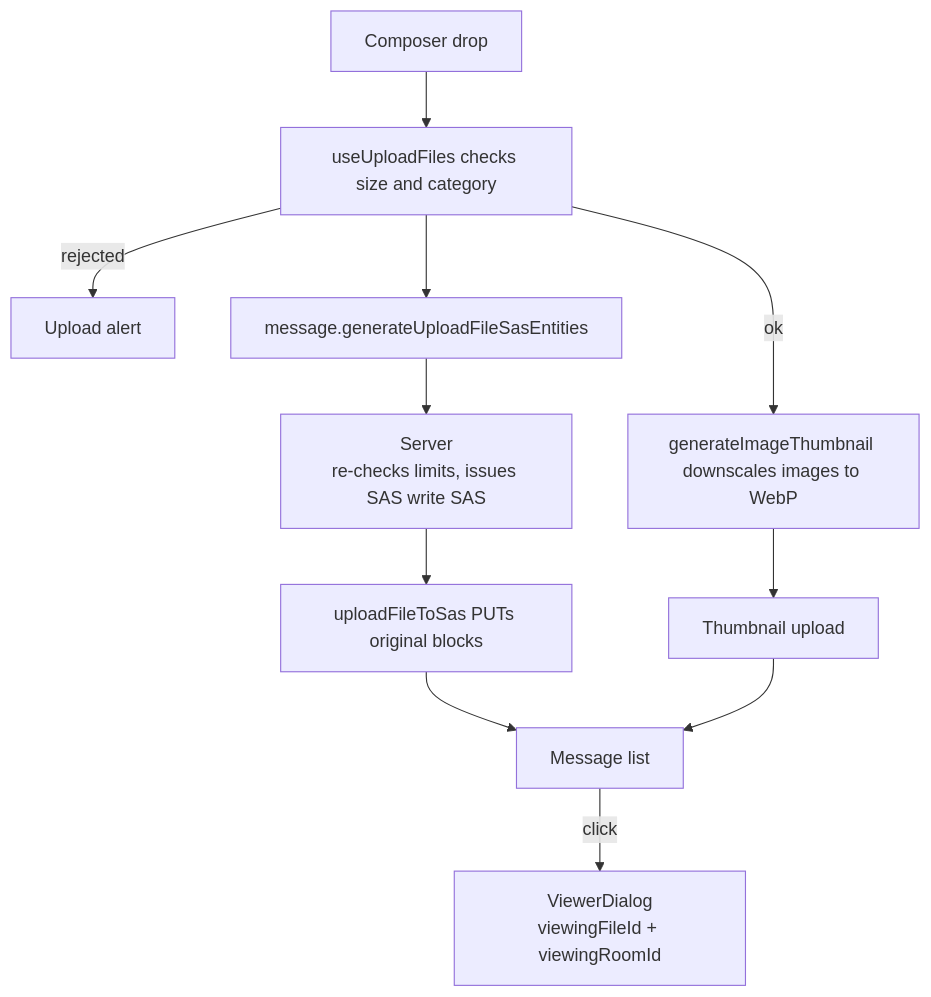
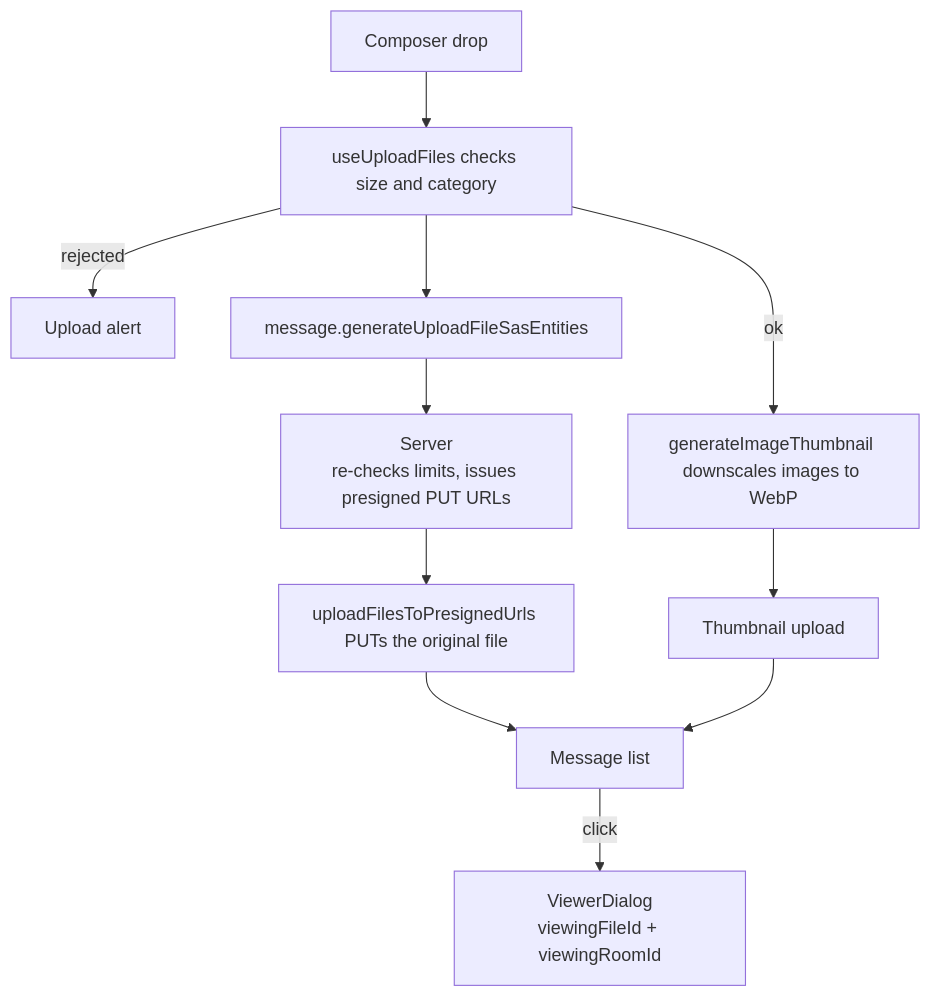
One commit to Esposter/Esposter changed the diagram in openspec/specs/esbabbler/file-media/design.md. Above: the diagram before and after it, drawn with Mermaid. The commit also changed other lines of this file and 5 other files, not shown here.

````diff
--- a/openspec/specs/esbabbler/file-media/design.md
+++ b/openspec/specs/esbabbler/file-media/design.md
@@ -22,13 +22,13 @@
 ```mermaid
 flowchart TD
   drop["Composer drop"] --> validate[useUploadFiles checks size and category]
   validate -->|rejected| alert["Upload alert"]
   validate -->|ok| thumb[generateImageThumbnail downscales images to WebP]
   validate --> sas[message.generateUploadFileSasEntities]
-  sas --> enforce[Server<br/>re-checks limits, issues SAS write SAS]
-  enforce --> upload[uploadFileToSas PUTs original blocks]
+  sas --> enforce[Server<br/>re-checks limits, issues presigned PUT URLs]
+  enforce --> upload[uploadFilesToPresignedUrls PUTs the original file]
   thumb --> upthumb["Thumbnail upload"]
   upload --> render["Message list"]
   upthumb --> render
   render -->|click| viewer["ViewerDialog<br/>viewingFileId + viewingRoomId"]
 ```
````
